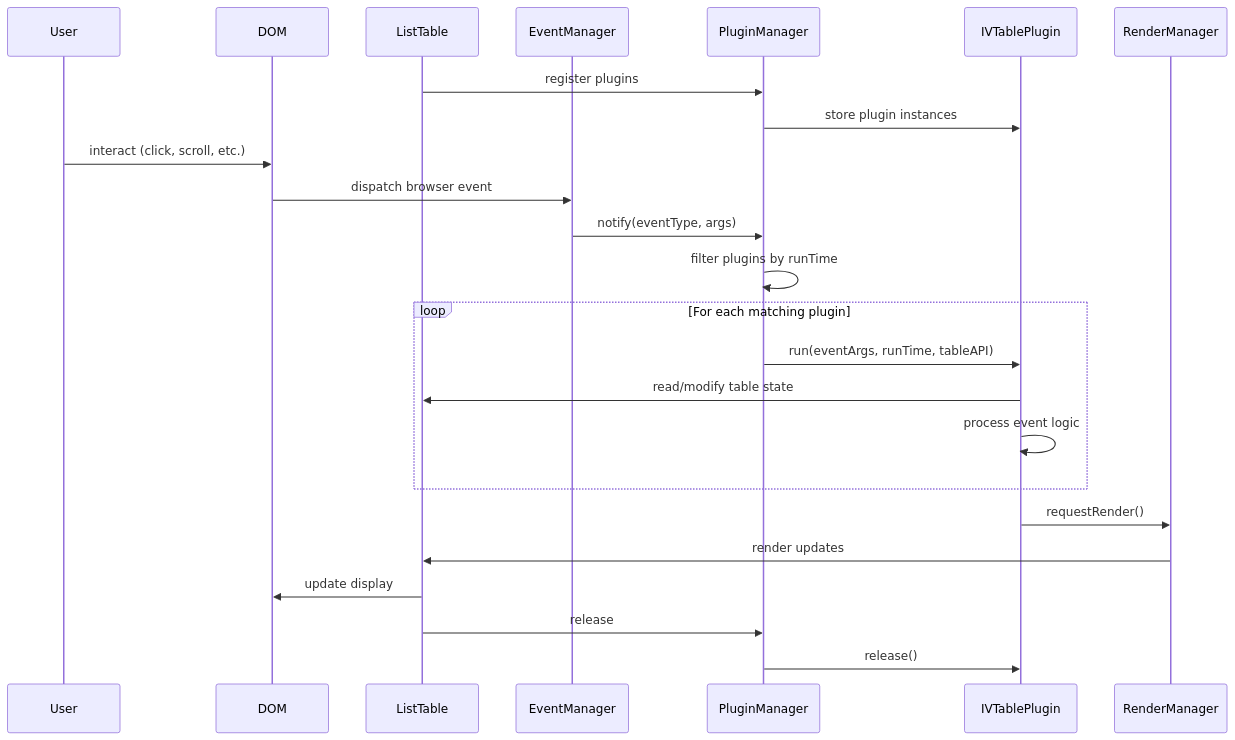
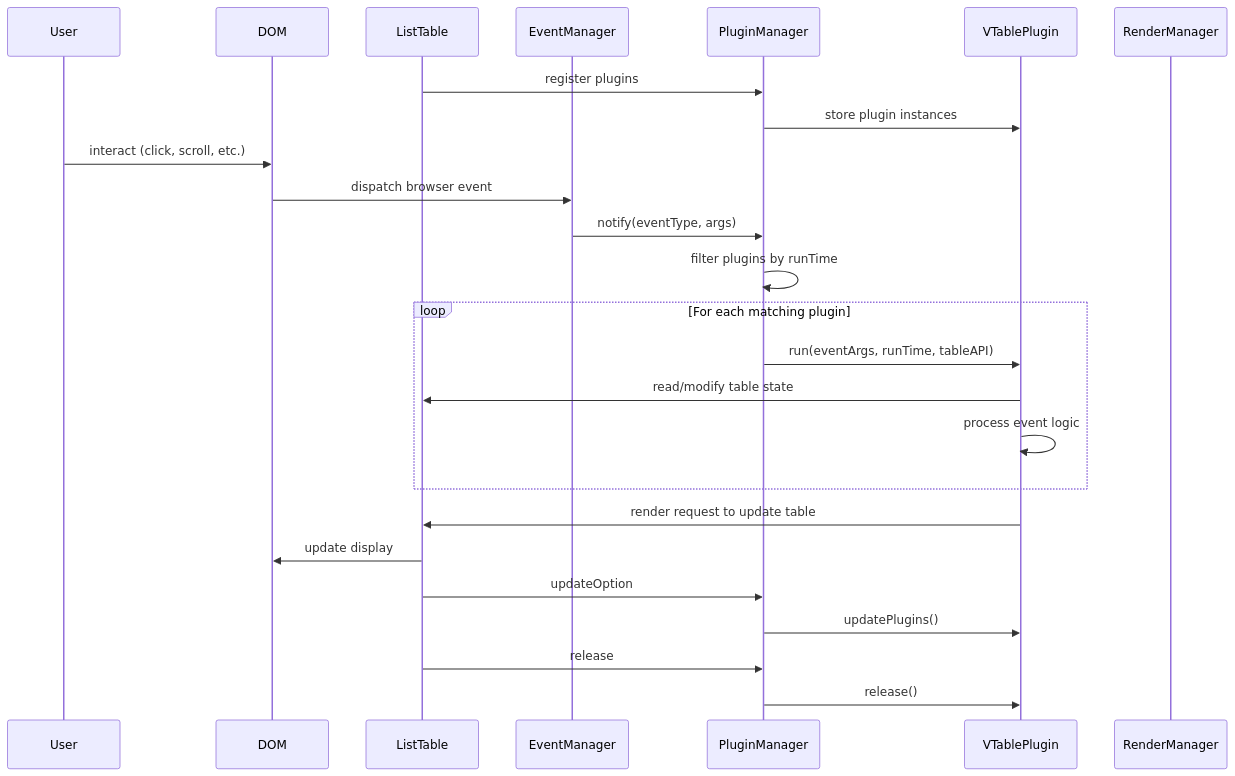
The diagram in docs/assets/guide/en/plugin/contribute.md (VisActor/VTable), drawn with Mermaid before and after one commit. The commit also changed other lines of this file and 20 other files, not shown here.

````diff
--- a/docs/assets/guide/en/plugin/contribute.md
+++ b/docs/assets/guide/en/plugin/contribute.md
@@ -42,34 +44,38 @@
 ```mermaid
 sequenceDiagram
     participant User
     participant DOM
     participant ListTable
     participant EventManager
     participant PluginManager
-    participant Plugin as IVTablePlugin
+    participant Plugin as VTablePlugin
     participant RenderManager
     
     %% Initialization
     ListTable->>PluginManager: register plugins
     PluginManager->>Plugin: store plugin instances
     
     %% User interaction flow
     User->>DOM: interact (click, scroll, etc.)
     DOM->>EventManager: dispatch browser event
     EventManager->>PluginManager: notify(eventType, args)
     PluginManager->>PluginManager: filter plugins by runTime
     
     loop For each matching plugin
         PluginManager->>Plugin: run(eventArgs, runTime, tableAPI)
         Plugin->>ListTable: read/modify table state
         Plugin->>Plugin: process event logic
     end
     
-    Plugin->>RenderManager: requestRender()
-    RenderManager->>ListTable: render updates
+    Plugin->>ListTable: render request to update table
     ListTable->>DOM: update display
 
-    %% Release
+
+    %% table.updateOption
+    ListTable->>PluginManager: updateOption
+    PluginManager->>Plugin: updatePlugins()
+    %% table.release
     ListTable->>PluginManager: release
     PluginManager->>Plugin: release()
+
 ```
````
